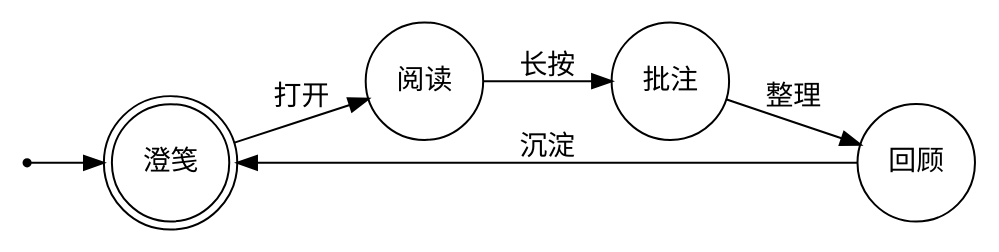
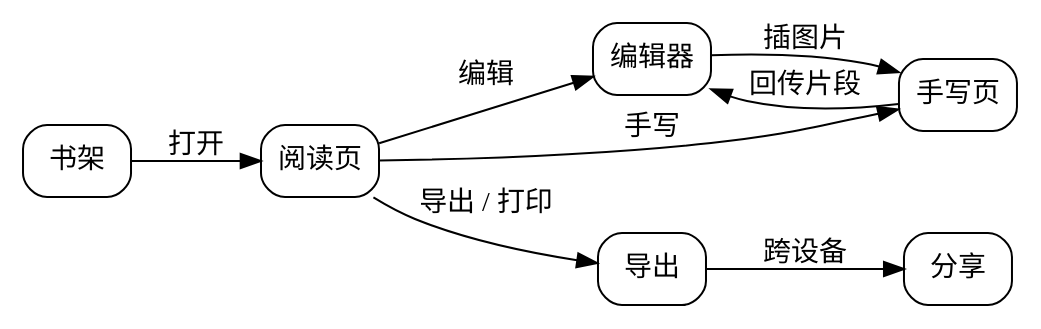
Before and after one commit to FengHDSL/LiteMdReader-HarmonyOS: the seventh of 7 diagrams in entry/src/main/resources/rawfile/chengjian.md, drawn with Graphviz. The commit also changed other lines of this file and 26 other files, not shown here.

````diff
--- a/entry/src/main/resources/rawfile/chengjian.md
+++ b/entry/src/main/resources/rawfile/chengjian.md
@@ -286,15 +405,13 @@
 ```graphviz
-digraph G {
-    rankdir=LR;
-    size="8,5"
-    node [shape = doublecircle]; 澄笺;
-    node [shape = point ]; qi
-
-    node [shape = circle];
-    qi -> 澄笺;
-    澄笺 -> 阅读 [ label = "打开" ];
-    阅读 -> 批注 [ label = "长按" ];
-    批注 -> 回顾 [ label = "整理" ];
-    回顾 -> 澄笺 [ label = "沉淀" ];
+digraph 澄笺模块 {
+  rankdir=LR;
+  node [shape=box, style=rounded, fontname="sans-serif"];
+  书架 -> 阅读页 [label="打开"];
+  阅读页 -> 编辑器 [label="编辑"];
+  阅读页 -> 手写页 [label="手写"];
+  编辑器 -> 手写页 [label="插图片"];
+  手写页 -> 编辑器 [label="回传片段"];
+  阅读页 -> 导出 [label="导出 / 打印"];
+  导出 -> 分享 [label="跨设备"];
 }
 ```
````
